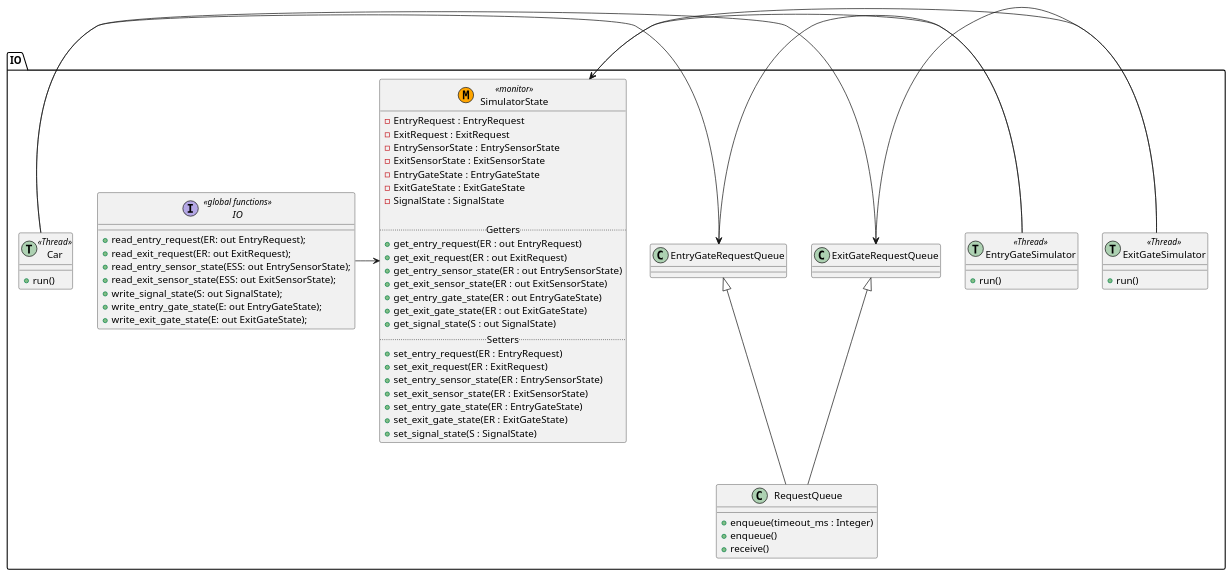
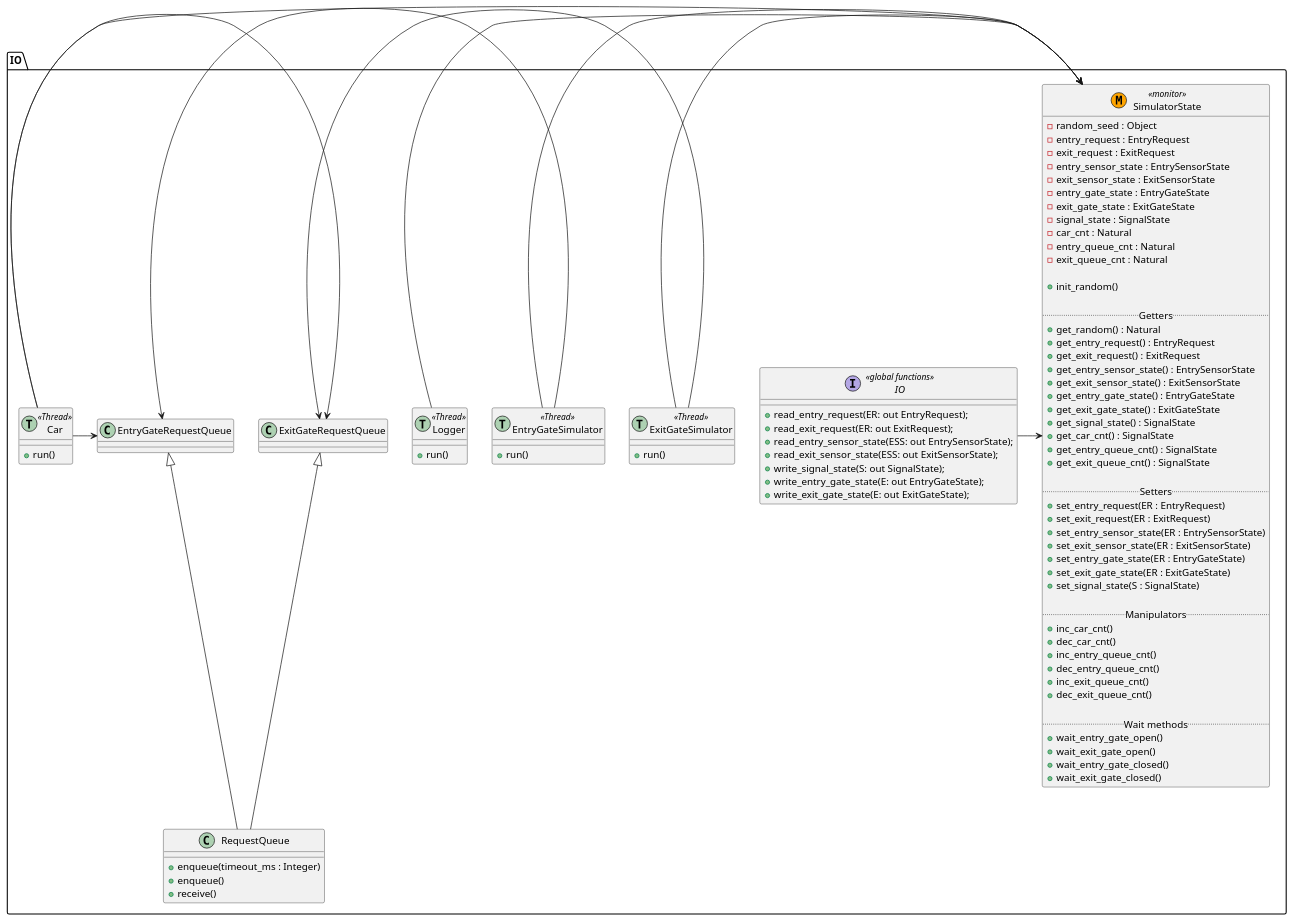
One commit to janstrohbeck/projektarbeit_simulationen changed the diagram in uml/parking_lot_simulators.plantuml. Above: the diagram before and after it, drawn with PlantUML. The commit also changed 18 other files, not shown here.

```diff
--- a/uml/parking_lot_simulators.plantuml
+++ b/uml/parking_lot_simulators.plantuml
@@ -1,82 +1,116 @@
 @startuml
 
 package "IO" {
+together {
 interface IO << global functions >> {
     +read_entry_request(ER: out EntryRequest);
     +read_exit_request(ER: out ExitRequest);
     +read_entry_sensor_state(ESS: out EntrySensorState);
     +read_exit_sensor_state(ESS: out ExitSensorState);
     +write_signal_state(S: out SignalState);
     +write_entry_gate_state(E: out EntryGateState);
     +write_exit_gate_state(E: out ExitGateState);
 }
 
 class SimulatorState << (M,orange) monitor >> {
-    -EntryRequest : EntryRequest
-    -ExitRequest : ExitRequest
-    -EntrySensorState : EntrySensorState
-    -ExitSensorState : ExitSensorState
-    -EntryGateState : EntryGateState
-    -ExitGateState : ExitGateState
-    -SignalState : SignalState
+    -random_seed : Object
+    -entry_request : EntryRequest
+    -exit_request : ExitRequest
+    -entry_sensor_state : EntrySensorState
+    -exit_sensor_state : ExitSensorState
+    -entry_gate_state : EntryGateState
+    -exit_gate_state : ExitGateState
+    -signal_state : SignalState
+    -car_cnt : Natural
+    -entry_queue_cnt : Natural
+    -exit_queue_cnt : Natural
+
+    +init_random()
 
     .. Getters ..
-    +get_entry_request(ER : out EntryRequest)
-    +get_exit_request(ER : out ExitRequest)
-    +get_entry_sensor_state(ER : out EntrySensorState)
-    +get_exit_sensor_state(ER : out ExitSensorState)
-    +get_entry_gate_state(ER : out EntryGateState)
-    +get_exit_gate_state(ER : out ExitGateState)
-    +get_signal_state(S : out SignalState)
+    +get_random() : Natural
+    +get_entry_request() : EntryRequest
+    +get_exit_request() : ExitRequest
+    +get_entry_sensor_state() : EntrySensorState
+    +get_exit_sensor_state() : ExitSensorState
+    +get_entry_gate_state() : EntryGateState
+    +get_exit_gate_state() : ExitGateState
+    +get_signal_state() : SignalState
+    +get_car_cnt() : SignalState
+    +get_entry_queue_cnt() : SignalState
+    +get_exit_queue_cnt() : SignalState
+
     .. Setters ..
     +set_entry_request(ER : EntryRequest)
     +set_exit_request(ER : ExitRequest)
     +set_entry_sensor_state(ER : EntrySensorState)
     +set_exit_sensor_state(ER : ExitSensorState)
     +set_entry_gate_state(ER : EntryGateState)
     +set_exit_gate_state(ER : ExitGateState)
     +set_signal_state(S : SignalState)
+
+    .. Manipulators ..
+    +inc_car_cnt()
+    +dec_car_cnt()
+    +inc_entry_queue_cnt()
+    +dec_entry_queue_cnt()
+    +inc_exit_queue_cnt()
+    +dec_exit_queue_cnt()
+
+    .. Wait methods ..
+    +wait_entry_gate_open()
+    +wait_exit_gate_open()
+    +wait_entry_gate_closed()
+    +wait_exit_gate_closed()
+}
 }
 
 together {
 class EntryGateSimulator << (T,#ADD1B2) Thread >> {
     +run()
 }
 
 class ExitGateSimulator << (T,#ADD1B2) Thread >> {
+    +run()
+}
+
+class Logger << (T,#ADD1B2) Thread >> {
     +run()
 }
 }
 
 class Car << (T,#ADD1B2) Thread >> {
     +run()
 }
 
 class RequestQueue {
     +enqueue(timeout_ms : Integer)
     +enqueue()
     +receive()
 }
 
 together {
 class EntryGateRequestQueue {
 }
 
 class ExitGateRequestQueue {
 }
 }
 
 EntryGateRequestQueue <|-- RequestQueue
 ExitGateRequestQueue <|-- RequestQueue
 
 ExitGateSimulator -> ExitGateRequestQueue
 EntryGateSimulator -> EntryGateRequestQueue
 
 IO -> SimulatorState
 ExitGateSimulator -> SimulatorState
 EntryGateSimulator -> SimulatorState
 
 Car -> EntryGateRequestQueue
 Car -> ExitGateRequestQueue
+Car -> SimulatorState
+
+Logger -> SimulatorState
 
 @enduml
```
